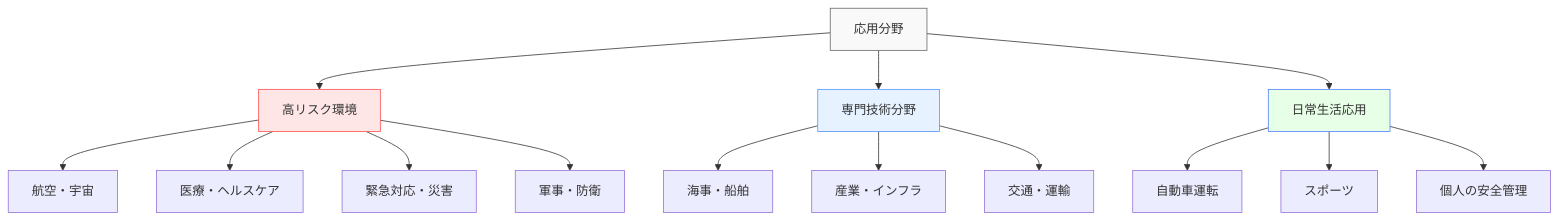
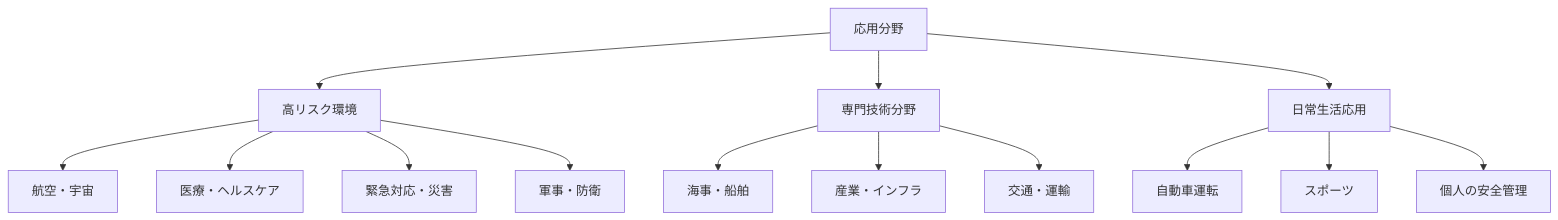
Before and after one commit to shuji-bonji/Situational-Awareness-and-Decision-Making: the first of 2 diagrams in docs/applications/index.md, drawn with Mermaid. The commit also changed other lines of this file and 49 other files, not shown here.

Commit message:
fix: ダークモードで見づらい図の色の変更

````diff
--- a/docs/applications/index.md
+++ b/docs/applications/index.md
@@ -23,24 +23,24 @@
 ```mermaid
 graph TB
     A[応用分野] --> B[高リスク環境]
     A --> C[専門技術分野]
     A --> D[日常生活応用]
     
     B --> B1[航空・宇宙]
     B --> B2[医療・ヘルスケア]
     B --> B3[緊急対応・災害]
     B --> B4[軍事・防衛]
     
     C --> C1[海事・船舶]
     C --> C2[産業・インフラ]
     C --> C3[交通・運輸]
     
     D --> D1[自動車運転]
     D --> D2[スポーツ]
     D --> D3[個人の安全管理]
     
-    style A fill:#f9f9f9,stroke:#666
-    style B fill:#ffe6e6,stroke:#ff4d4d
-    style C fill:#e6f2ff,stroke:#4d94ff
-    style D fill:#e6ffe6,stroke:#4d7fff
+
+
+
+
 ```
````
